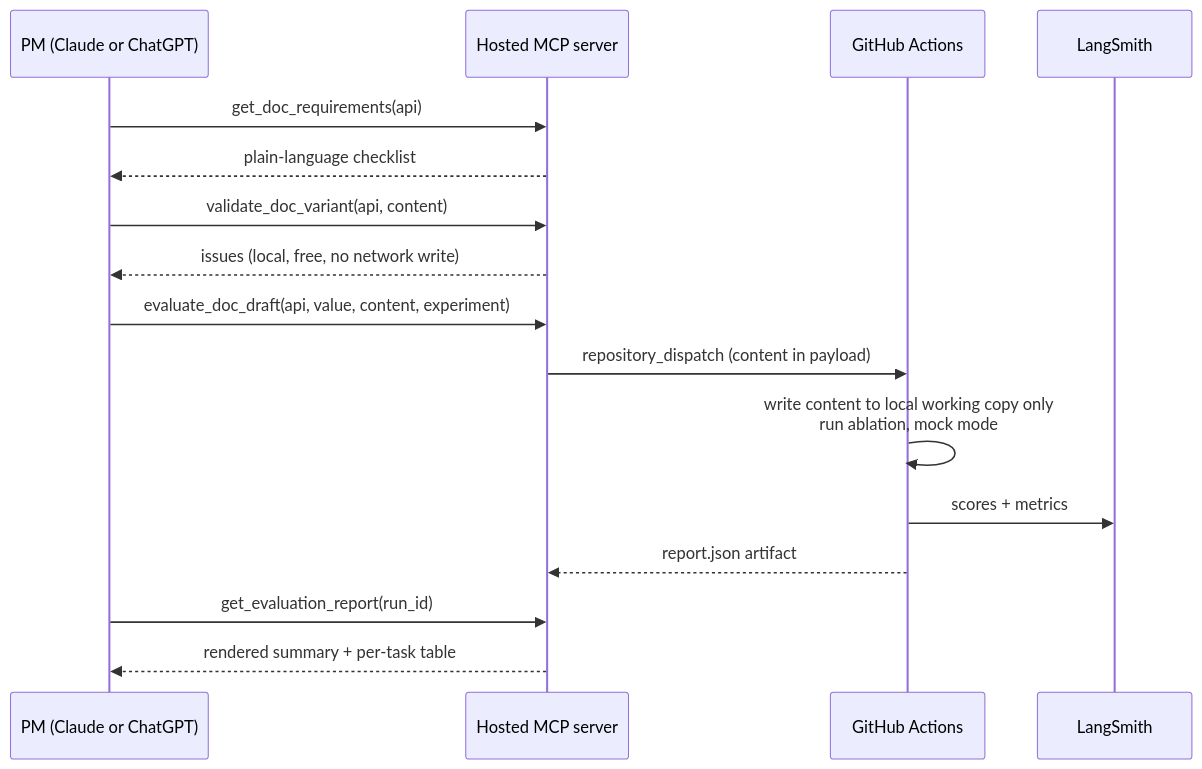
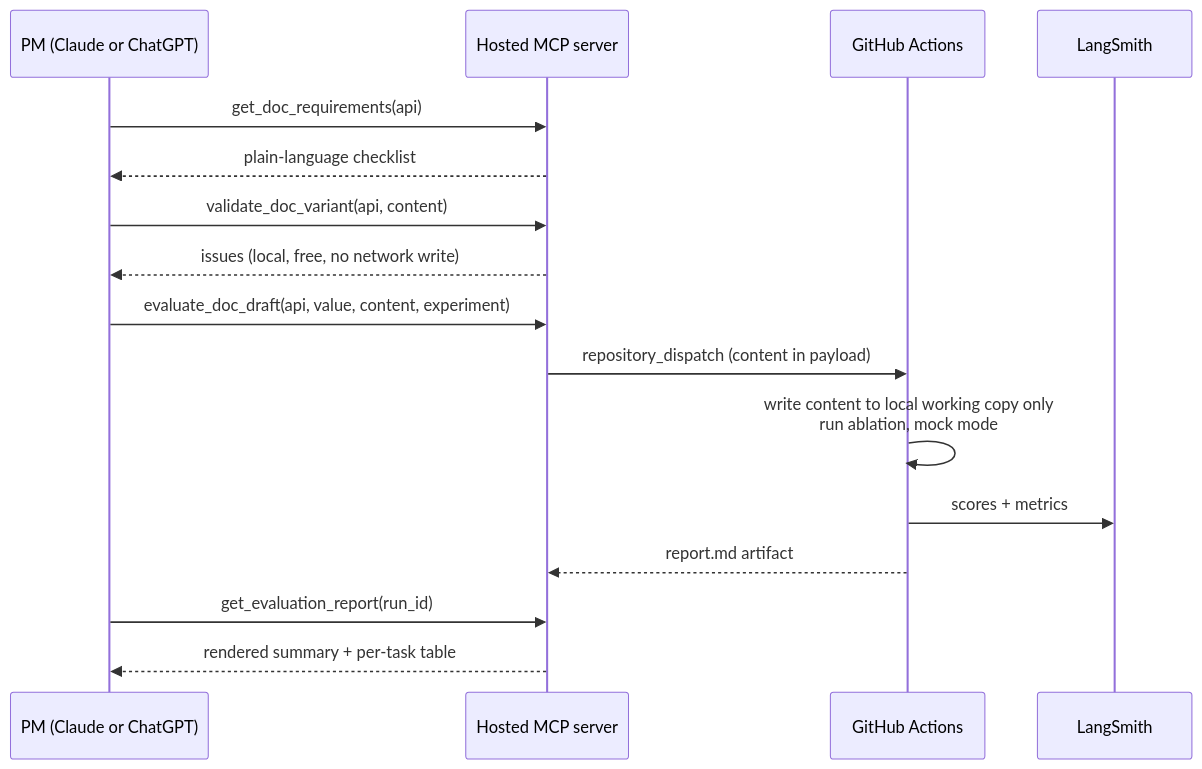
Before and after one commit to nelsonwhyu/agent-doc-bench: the second of 2 diagrams in IMPLEMENTATION_PLAN.md, drawn with Mermaid. The commit also changed other lines of this file and 6 other files, not shown here.

````diff
--- a/IMPLEMENTATION_PLAN.md
+++ b/IMPLEMENTATION_PLAN.md
@@ -64,19 +63,19 @@
 ```mermaid
 sequenceDiagram
     participant PM as PM (Claude or ChatGPT)
     participant MCP as Hosted MCP server
     participant GH as GitHub Actions
     participant LS as LangSmith
 
     PM->>MCP: get_doc_requirements(api)
     MCP-->>PM: plain-language checklist
     PM->>MCP: validate_doc_variant(api, content)
     MCP-->>PM: issues (local, free, no network write)
     PM->>MCP: evaluate_doc_draft(api, value, content, experiment)
     MCP->>GH: repository_dispatch (content in payload)
     GH->>GH: write content to local working copy only<br/>run ablation, mock mode
     GH->>LS: scores + metrics
-    GH-->>MCP: report.json artifact
+    GH-->>MCP: report.md artifact
     PM->>MCP: get_evaluation_report(run_id)
     MCP-->>PM: rendered summary + per-task table
 ```
````
